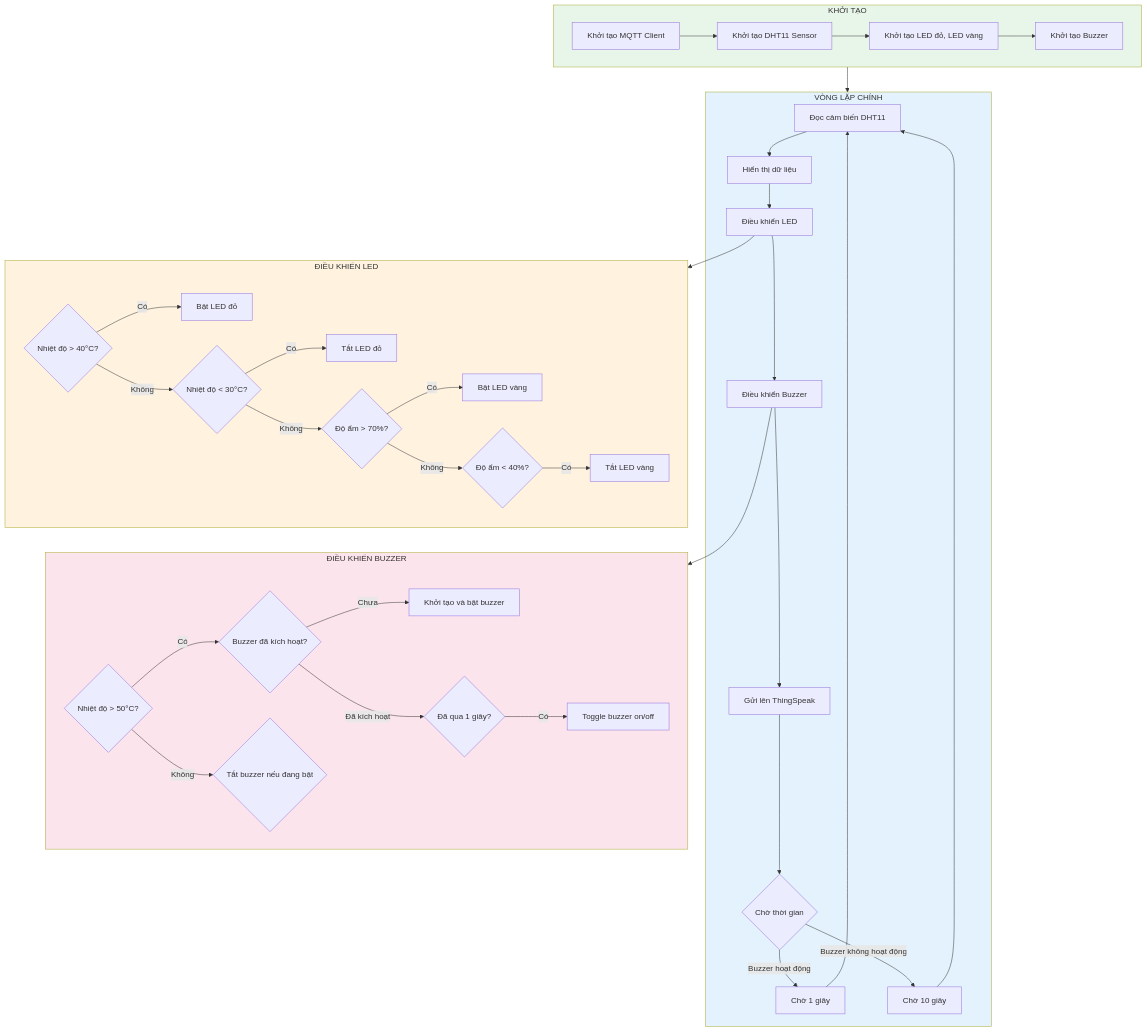
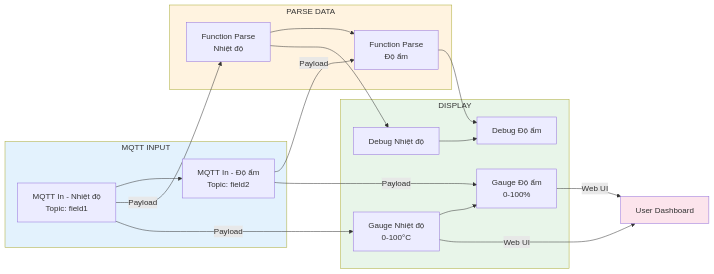
One commit to levanduy093-work/iot changed the seventh of 8 diagrams in on_kiemtra_2/flowchart.md. Above: the diagram before and after it, drawn with Mermaid. The commit also changed other lines of this file and 3 other files, not shown here.

Commit message:
update flowchart and add node json flow

````diff
--- a/on_kiemtra_2/flowchart.md
+++ b/on_kiemtra_2/flowchart.md
@@ -136,47 +208,31 @@
 ```mermaid
-flowchart TB
-    subgraph Init["KHỞI TẠO"]
-        A1[Khởi tạo MQTT Client] --> A2[Khởi tạo DHT11 Sensor]
-        A2 --> A3[Khởi tạo LED đỏ, LED vàng]
-        A3 --> A4[Khởi tạo Buzzer]
+flowchart LR
+    subgraph MQTT["MQTT INPUT"]
+        A1[MQTT In - Nhiệt độ<br/>Topic: field1] --> A2[MQTT In - Độ ẩm<br/>Topic: field2]
     end
     
-    subgraph MainLoop["VÒNG LẶP CHÍNH"]
-        B1[Đọc cảm biến DHT11] --> B2[Hiển thị dữ liệu]
-        B2 --> B3[Điều khiển LED]
-        B3 --> B4[Điều khiển Buzzer]
-        B4 --> B5[Gửi lên ThingSpeak]
-        B5 --> B6{Chờ thời gian}
-        B6 -->|Buzzer hoạt động| B7[Chờ 1 giây]
-        B6 -->|Buzzer không hoạt động| B8[Chờ 10 giây]
-        B7 --> B1
-        B8 --> B1
+    subgraph Parse["PARSE DATA"]
+        B1[Function Parse<br/>Nhiệt độ] --> B2[Function Parse<br/>Độ ẩm]
     end
     
-    subgraph LEDControl["ĐIỀU KHIỂN LED"]
-        C1{Nhiệt độ > 40°C?} -->|Có| C2[Bật LED đỏ]
-        C1 -->|Không| C3{Nhiệt độ < 30°C?}
-        C3 -->|Có| C4[Tắt LED đỏ]
-        C3 -->|Không| C5{Độ ẩm > 70%?}
-        C5 -->|Có| C6[Bật LED vàng]
-        C5 -->|Không| C7{Độ ẩm < 40%?}
-        C7 -->|Có| C8[Tắt LED vàng]
+    subgraph Display["DISPLAY"]
+        C1[Gauge Nhiệt độ<br/>0-100°C] --> C2[Gauge Độ ẩm<br/>0-100%]
+        D1[Debug Nhiệt độ] --> D2[Debug Độ ẩm]
     end
     
-    subgraph BuzzerControl["ĐIỀU KHIỂN BUZZER"]
-        D1{Nhiệt độ > 50°C?} -->|Có| D2{Buzzer đã kích hoạt?}
-        D2 -->|Chưa| D3[Khởi tạo và bật buzzer]
-        D2 -->|Đã kích hoạt| D4{Đã qua 1 giây?}
-        D4 -->|Có| D5[Toggle buzzer on/off]
-        D1 -->|Không| D6{Tắt buzzer nếu đang bật}
-    end
+    A1 -->|Payload| B1
+    A1 -->|Payload| C1
+    A2 -->|Payload| B2
+    A2 -->|Payload| C2
     
-    Init --> MainLoop
-    B3 --> LEDControl
-    B4 --> BuzzerControl
+    B1 --> D1
+    B2 --> D2
     
-    style Init fill:#E8F5E9
-    style MainLoop fill:#E3F2FD
-    style LEDControl fill:#FFF3E0
-    style BuzzerControl fill:#FCE4EC
+    C1 -->|Web UI| User[User Dashboard]
+    C2 -->|Web UI| User
+    
+    style MQTT fill:#E3F2FD
+    style Parse fill:#FFF3E0
+    style Display fill:#E8F5E9
+    style User fill:#FCE4EC
 ```
````
